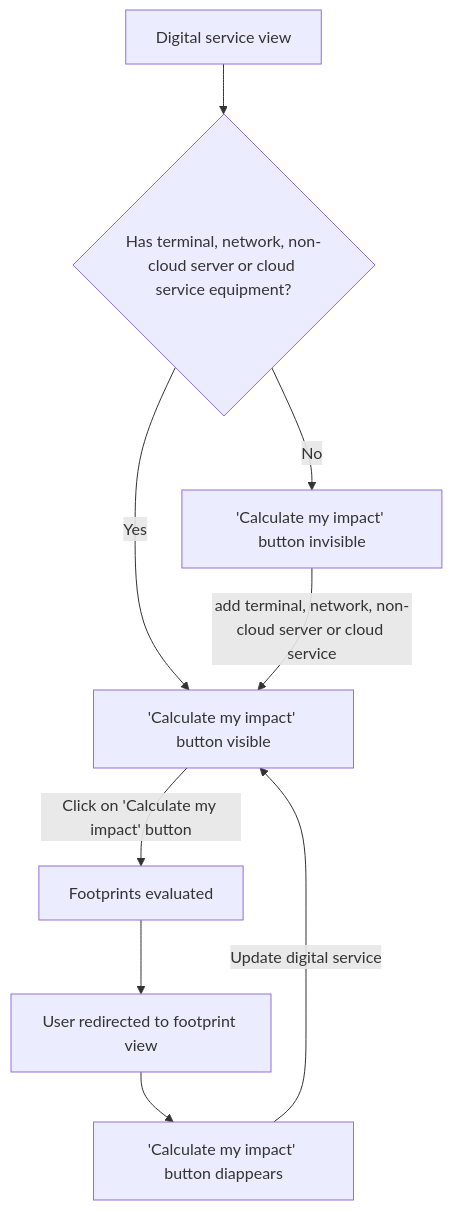
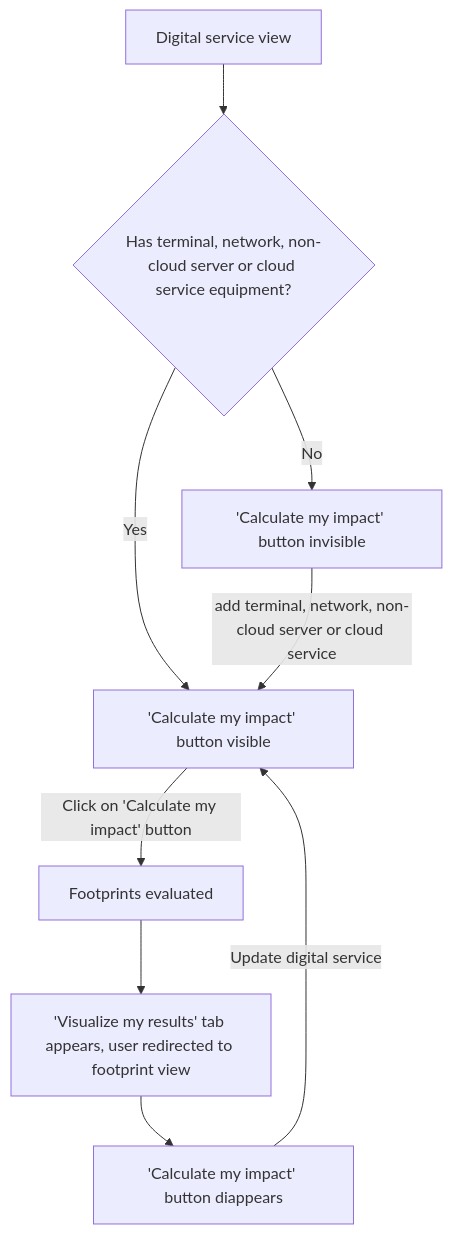
The first of 3 diagrams in services/documentation/content/2-functional-documentation/use_cases/uc_digital_services/uc4_launch_estimation.md (teamg4it/g4it), drawn with Mermaid before and after one commit. The commit also changed 6 other files, not shown here.

```diff
--- a/services/documentation/content/2-functional-documentation/use_cases/uc_digital_services/uc4_launch_estimation.md
+++ b/services/documentation/content/2-functional-documentation/use_cases/uc_digital_services/uc4_launch_estimation.md
@@ -25,8 +25,8 @@
 {{< mermaid align="center">}}
 graph TD;
 
 Step1[Digital service view]--> Decision1{Has terminal, network, non-cloud server or cloud service equipment?}
 Decision1 -->|Yes|Step2['Calculate my impact' button visible]
-Decision1 -->|No|Step3['Calculate my impact' button invisible] --> |add terminal, network, non-cloud server or cloud service|Step2-->|Click on 'Calculate my impact' button|Step4[Footprints evaluated]-->Step5[User redirected to footprint view] -->Step6['Calculate my impact' button diappears]-->|Update digital service|Step2
+Decision1 -->|No|Step3['Calculate my impact' button invisible] --> |add terminal, network, non-cloud server or cloud service|Step2-->|Click on 'Calculate my impact' button|Step4[Footprints evaluated]-->Step5['Visualize my results' tab appears, user redirected to footprint view] -->Step6['Calculate my impact' button diappears]-->|Update digital service|Step2
 
 {{< /mermaid >}}
```
